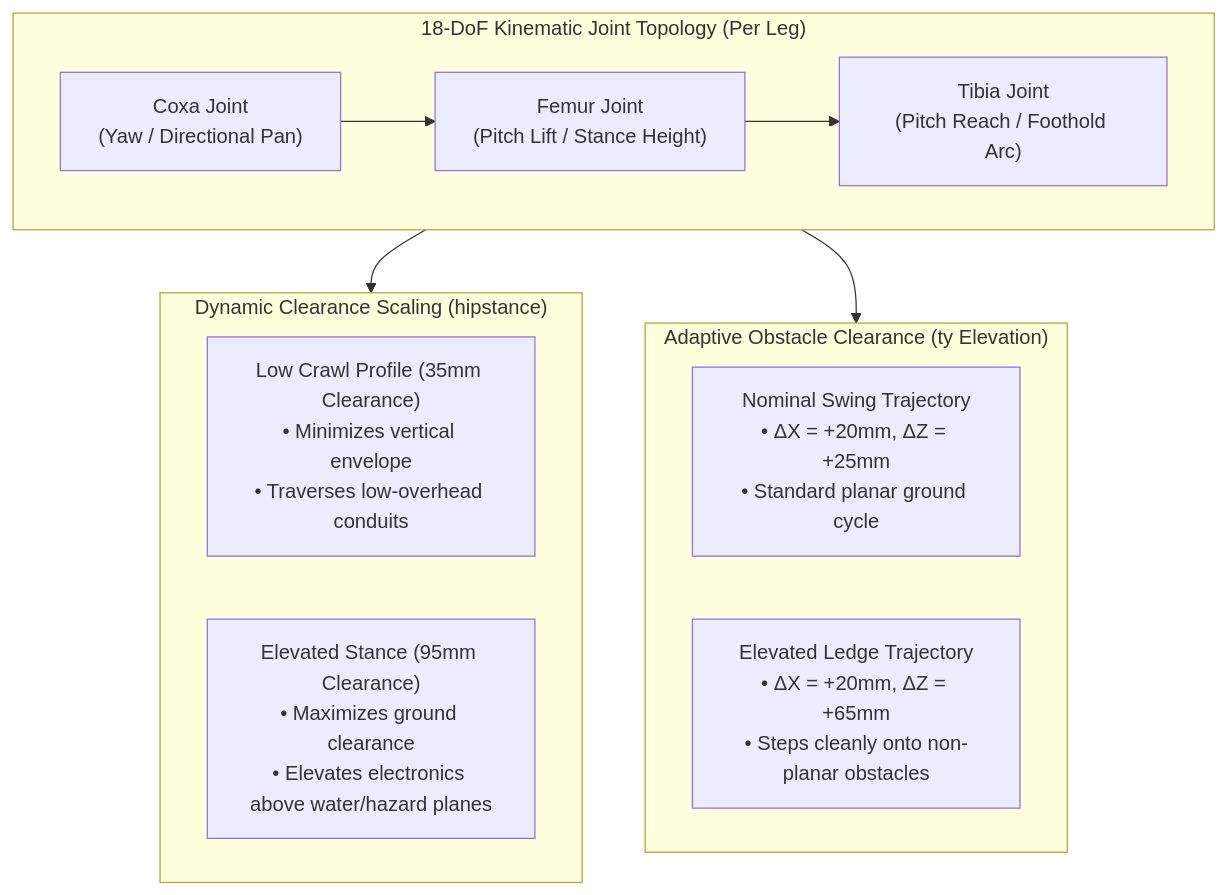
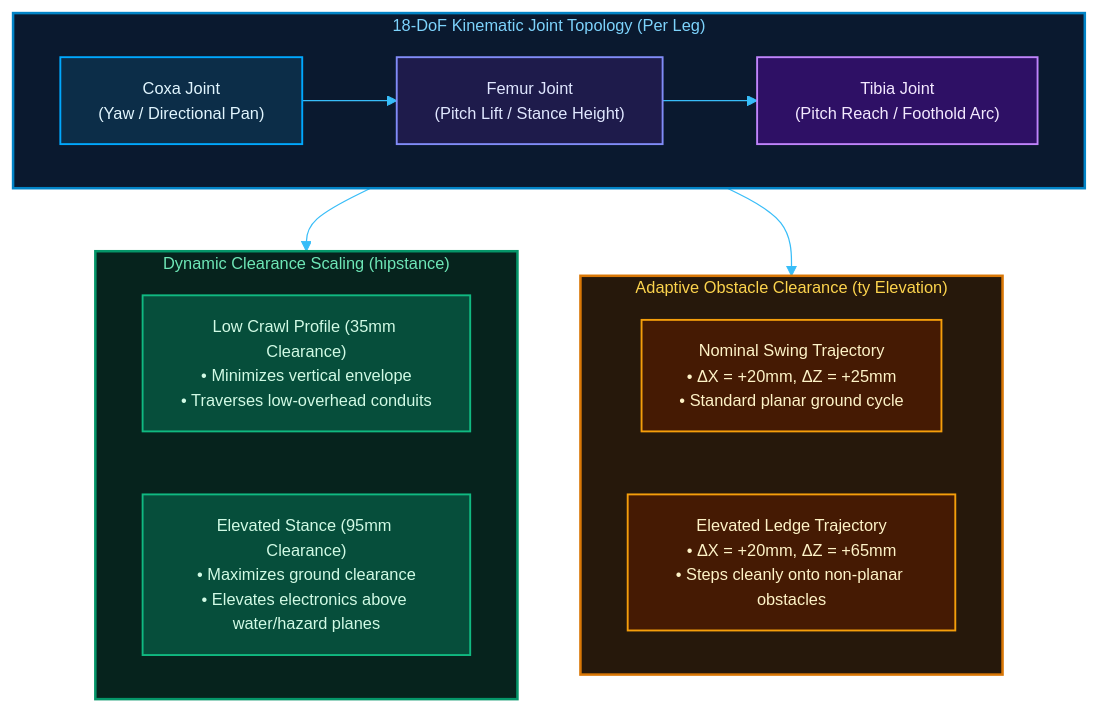
The second of 4 diagrams in src/content/docs/00-mission-and-intentions.md (GrrGrrMan/spider-blog), drawn with Mermaid before and after one commit. The commit also changed other lines of this file and 3 other files, not shown here.

Commit message:
fix diagram attempt .3

````diff
--- a/src/content/docs/00-mission-and-intentions.md
+++ b/src/content/docs/00-mission-and-intentions.md
@@ -47,23 +60,40 @@
 ```mermaid
+%%{init: {'theme': 'base', 'themeVariables': {'primaryColor': '#1e293b', 'primaryTextColor': '#f8fafc', 'primaryBorderColor': '#334155', 'lineColor': '#38bdf8', 'textColor': '#f8fafc', 'fontSize': '13px'}}}%%
 flowchart TD
     subgraph JointChain ["18-DoF Kinematic Joint Topology (Per Leg)"]
         direction LR
         COXA["Coxa Joint<br/>(Yaw / Directional Pan)"]
         FEMUR["Femur Joint<br/>(Pitch Lift / Stance Height)"]
         TIBIA["Tibia Joint<br/>(Pitch Reach / Foothold Arc)"]
         COXA --> FEMUR --> TIBIA
     end
 
     subgraph ClearanceScaling ["Dynamic Clearance Scaling (hipstance)"]
         CRAWL["Low Crawl Profile (35mm Clearance)<br/>• Minimizes vertical envelope<br/>• Traverses low-overhead conduits"]
         ELEV["Elevated Stance (95mm Clearance)<br/>• Maximizes ground clearance<br/>• Elevates electronics above water/hazard planes"]
     end
 
     subgraph ObstacleElevation ["Adaptive Obstacle Clearance (ty Elevation)"]
         NOM["Nominal Swing Trajectory<br/>• ΔX = +20mm, ΔZ = +25mm<br/>• Standard planar ground cycle"]
         LEDGE["Elevated Ledge Trajectory<br/>• ΔX = +20mm, ΔZ = +65mm<br/>• Steps cleanly onto non-planar obstacles"]
     end
 
     TIBIA --> ClearanceScaling
     TIBIA --> ObstacleElevation
+
+    classDef coxaNode fill:#0c2d48,stroke:#00a8ff,stroke-width:1.5px,color:#e1f5fe;
+    classDef femurNode fill:#1e1b4b,stroke:#818cf8,stroke-width:1.5px,color:#e0e7ff;
+    classDef tibiaNode fill:#2e1065,stroke:#c084fc,stroke-width:1.5px,color:#f3e8ff;
+    classDef emeraldNode fill:#064e3b,stroke:#10b981,stroke-width:1.5px,color:#d1fae5;
+    classDef amberNode fill:#451a03,stroke:#f59e0b,stroke-width:1.5px,color:#fef3c7;
+
+    class COXA coxaNode;
+    class FEMUR femurNode;
+    class TIBIA tibiaNode;
+    class CRAWL,ELEV emeraldNode;
+    class NOM,LEDGE amberNode;
+
+    style JointChain fill:#0a192f,stroke:#0284c7,stroke-width:2px,color:#7dd3fc
+    style ClearanceScaling fill:#06231d,stroke:#059669,stroke-width:2px,color:#6ee7b7
+    style ObstacleElevation fill:#26180b,stroke:#d97706,stroke-width:2px,color:#fcd34d
 ```
````
